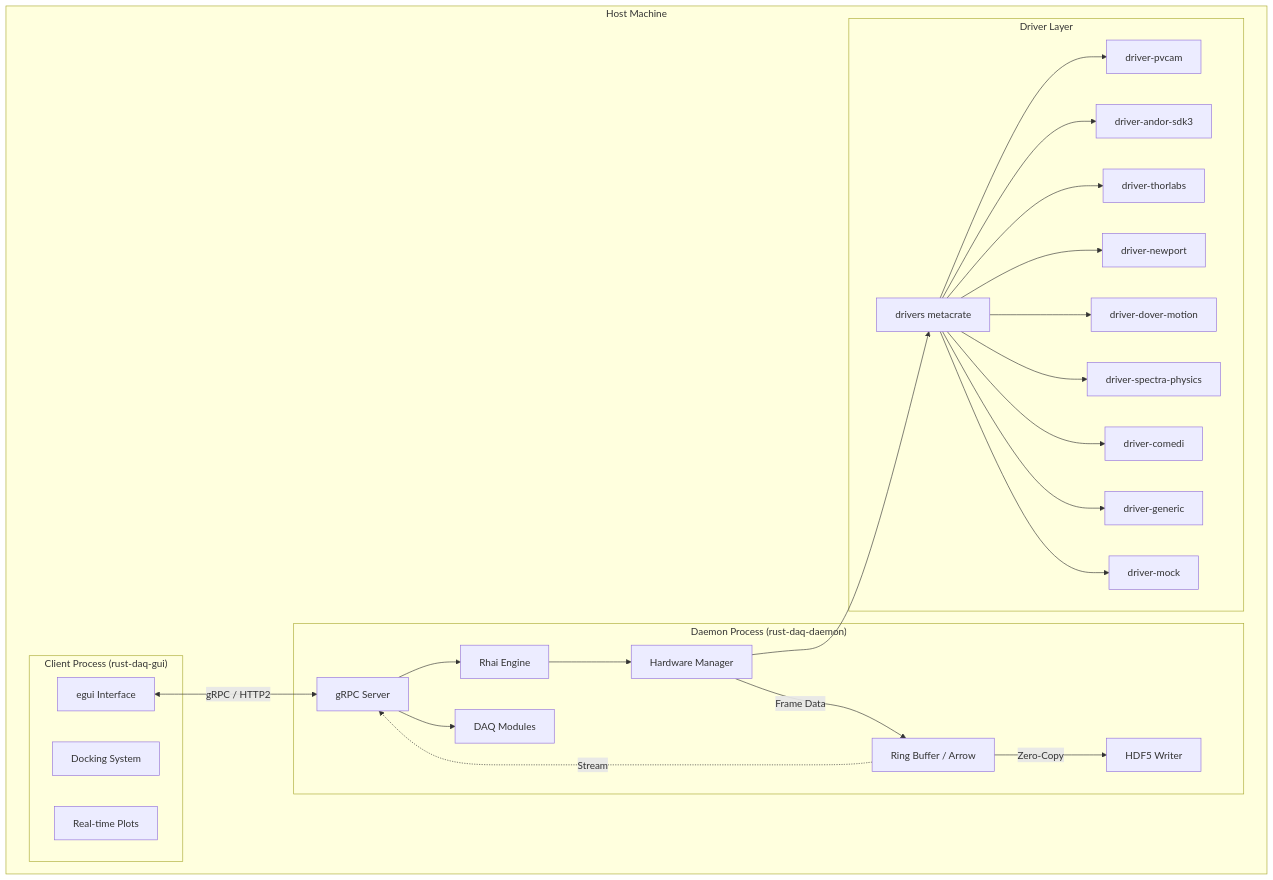
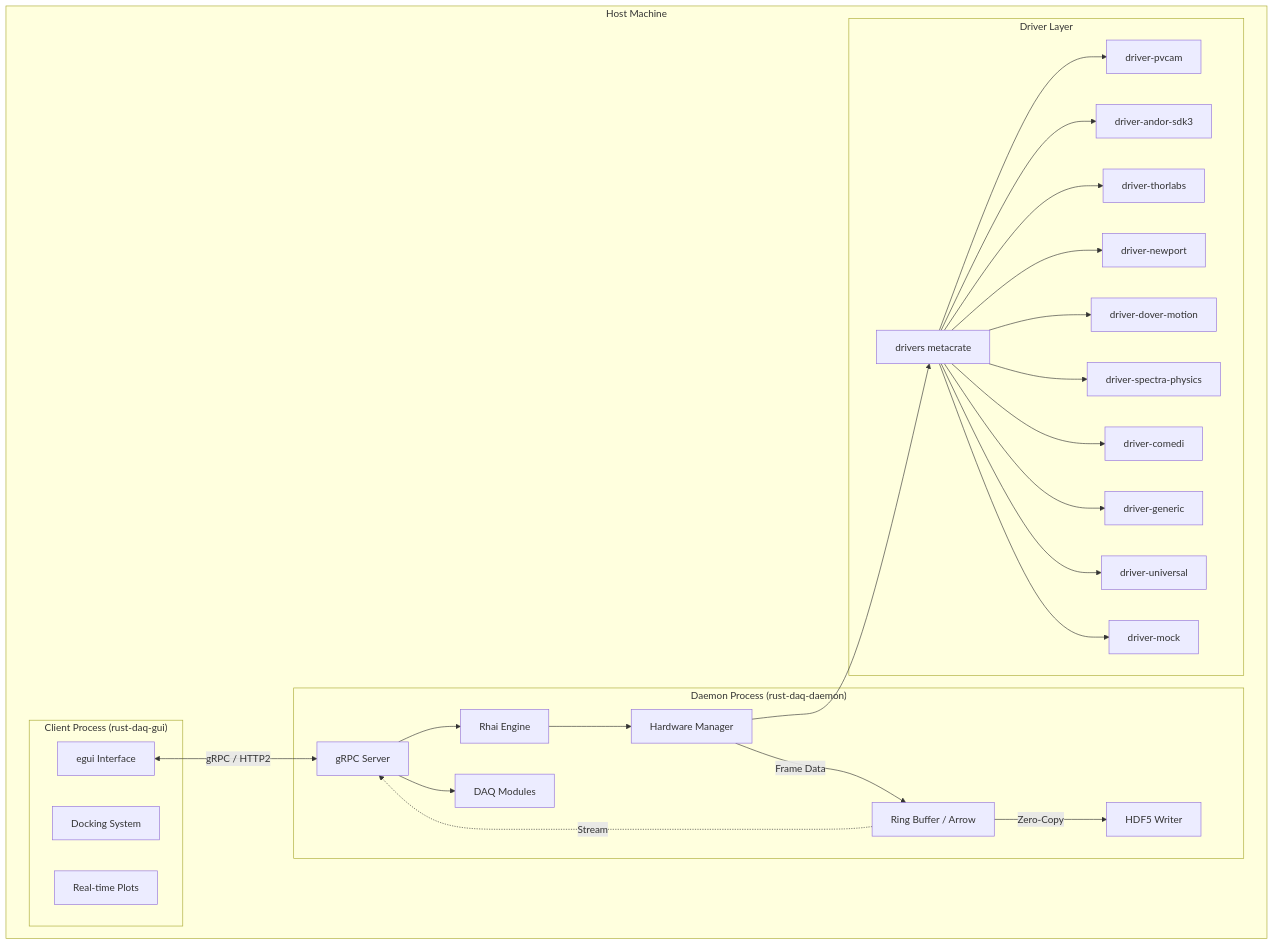
Before and after one commit to easternanemone/rudaq: the diagram in docs/architecture/ARCHITECTURE.md, drawn with Mermaid. The commit also changed other lines of this file and 5 other files, not shown here.

First line of the commit message:
docs: add driver-universal (schema v3) to documentation

````diff
--- a/docs/architecture/ARCHITECTURE.md
+++ b/docs/architecture/ARCHITECTURE.md
@@ -86,43 +87,44 @@
 ```mermaid
 graph TD
     subgraph "Host Machine"
         subgraph "Daemon Process (rust-daq-daemon)"
             Server[gRPC Server]
             Script[Rhai Engine]
             Modules[DAQ Modules]
             HW[Hardware Manager]
             Ring[Ring Buffer / Arrow]
             Writer[HDF5 Writer]
         end
 
         subgraph "Client Process (rust-daq-gui)"
             GUI[egui Interface]
             Dock[Docking System]
             Plot[Real-time Plots]
         end
 
         subgraph "Driver Layer"
             DrvMeta[drivers metacrate]
             DrvPvcam[driver-pvcam]
             DrvAndor[driver-andor-sdk3]
             DrvThorlabs[driver-thorlabs]
             DrvNewport[driver-newport]
             DrvDover[driver-dover-motion]
             DrvSpectra[driver-spectra-physics]
             DrvComedi[driver-comedi]
             DrvGeneric[driver-generic]
+            DrvUniversal[driver-universal]
             DrvMock[driver-mock]
         end
     end
 
     GUI <-->|gRPC / HTTP2| Server
 
     Server --> Script
     Server --> Modules
     Script --> HW
     HW --> DrvMeta
-    DrvMeta --> DrvPvcam & DrvAndor & DrvThorlabs & DrvNewport & DrvDover & DrvSpectra & DrvComedi & DrvGeneric & DrvMock
+    DrvMeta --> DrvPvcam & DrvAndor & DrvThorlabs & DrvNewport & DrvDover & DrvSpectra & DrvComedi & DrvGeneric & DrvUniversal & DrvMock
     HW -->|Frame Data| Ring
     Ring -->|Zero-Copy| Writer
     Ring -.->|Stream| Server
 ```
````
